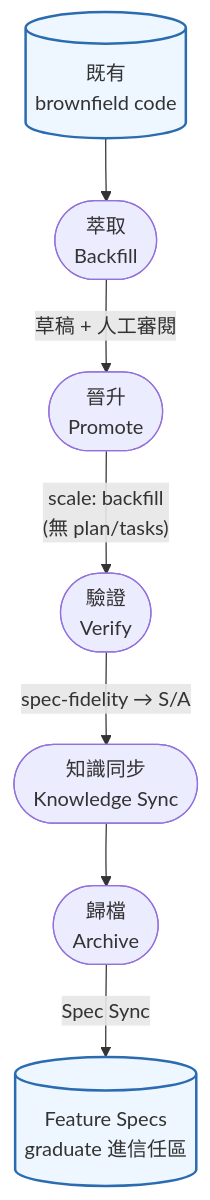
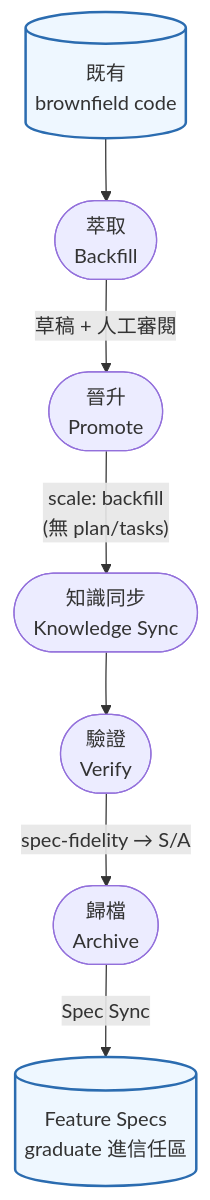
Before and after one commit to benwu95/prospec: the second of 2 diagrams in README.zh-TW.md, drawn with Mermaid. The commit also changed other lines of this file and 29 other files, not shown here.

````diff
--- a/README.zh-TW.md
+++ b/README.zh-TW.md
@@ -607,9 +607,9 @@
 ```mermaid
 flowchart TD
-    CODE[("既有<br/>brownfield code")] --> BF([萃取<br/>Backfill]) -- "草稿 + 人工審閱" --> PR([晉升<br/>Promote]) -- "scale: backfill<br/>(無 plan/tasks)" --> V([驗證<br/>Verify]) -- "spec-fidelity → S/A" --> K([知識同步<br/>Knowledge Sync]) --> A([歸檔<br/>Archive])
+    CODE[("既有<br/>brownfield code")] --> BF([萃取<br/>Backfill]) -- "草稿 + 人工審閱" --> PR([晉升<br/>Promote]) -- "scale: backfill<br/>(無 plan/tasks)" --> K([知識同步<br/>Knowledge Sync]) --> V([驗證<br/>Verify]) -- "spec-fidelity → S/A" --> A([歸檔<br/>Archive])
 
     A -- Spec Sync --> FS[("Feature Specs<br/>graduate 進信任區")]
 
     classDef asset fill:#eef7ff,stroke:#2b6cb0,stroke-width:2px;
     class CODE,FS asset;
 ```
````
